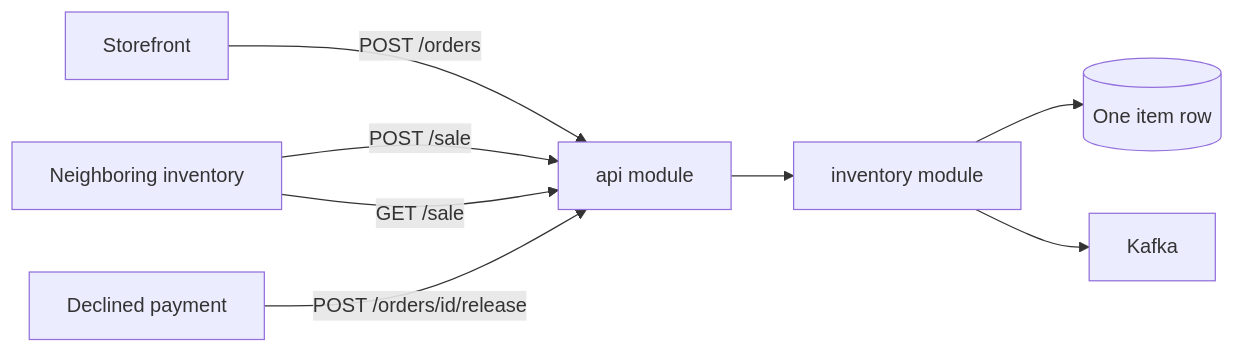
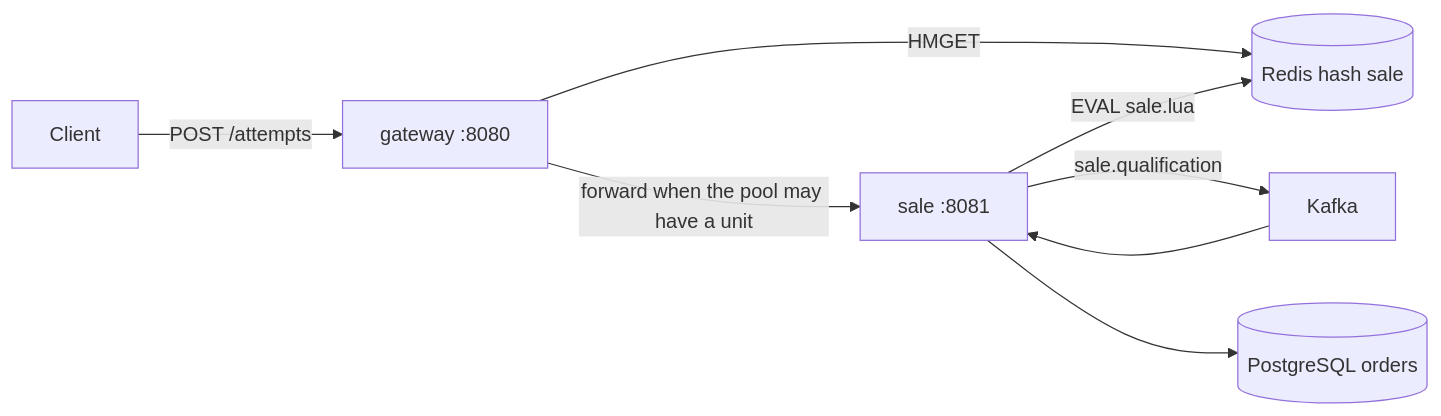
One commit to kevrsc/flashsale changed the diagram in README.md. Above: the diagram before and after it, drawn with Mermaid. The commit also changed other lines of this file and 38 other files, not shown here.

Commit message:
Remove the earlier flash-sale service so the build holds only the sale, the gateway, and the burst.

````diff
--- a/README.md
+++ b/README.md
@@ -140,18 +21,17 @@
 ```mermaid
 flowchart LR
-    storefront[Storefront]
-    neighbor[Neighboring inventory]
-    payment[Declined payment]
-    api[api module]
-    inventory[inventory module]
-    row[(One item row)]
+    client[Client]
+    gateway[gateway :8080]
+    sale[sale :8081]
+    redis[(Redis hash sale)]
     kafka[Kafka]
+    db[(PostgreSQL orders)]
 
-    storefront -->|"POST /orders"| api
-    neighbor -->|"POST /sale"| api
-    neighbor -->|"GET /sale"| api
-    payment -->|"POST /orders/id/release"| api
-    api --> inventory
-    inventory --> row
-    inventory --> kafka
+    client -->|"POST /attempts"| gateway
+    gateway -->|"HMGET"| redis
+    gateway -->|"forward when the pool may have a unit"| sale
+    sale -->|"EVAL sale.lua"| redis
+    sale -->|"sale.qualification"| kafka
+    kafka --> sale
+    sale --> db
 ```
````
